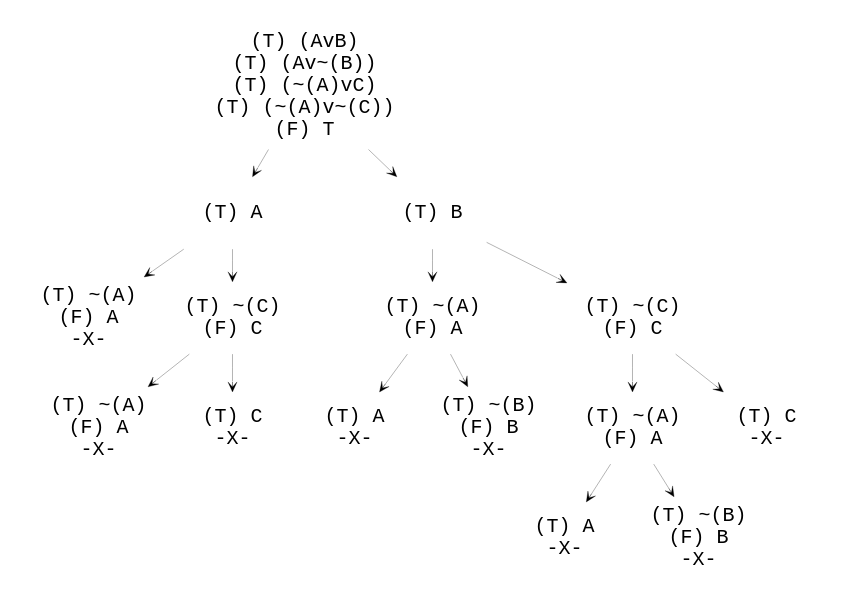
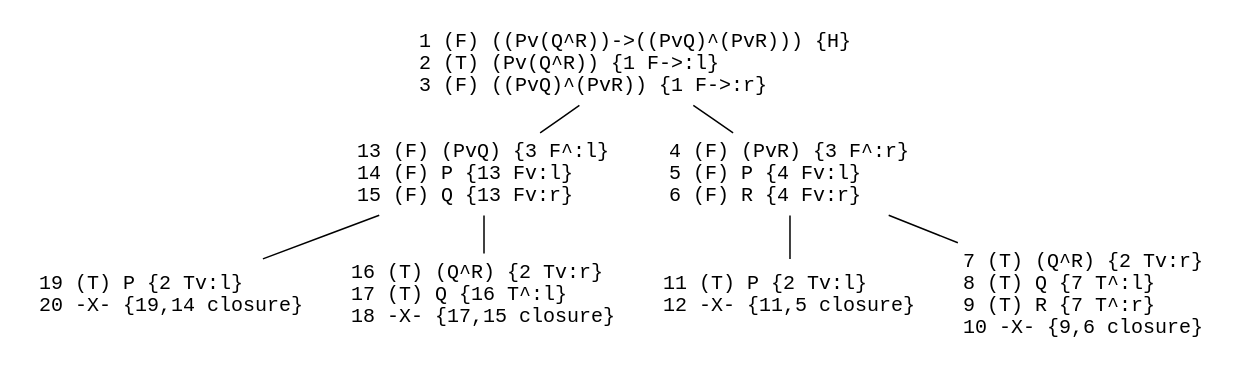
Before and after one commit to fredmbs/logic: the diagram in logic/simple_teste.gv, drawn with Graphviz. The commit also changed 84 other files, not shown here.

```diff
--- a/logic/simple_teste.gv
+++ b/logic/simple_teste.gv
@@ -1,34 +1,18 @@
 digraph g {
 graph[nodesep=0.1, ranksep=0.2];
 node[shape=plaintext, fontname="Courier", fontsize=10];
-edge[arrowsize=0.5, arrowhead=vee,  penwidth=0.15];
-node1[label="(T) (AvB)\n(T) (Av~(B))\n(T) (~(A)vC)\n(T) (~(A)v~(C))\n(F) T"];
-node2[label="(T) A"];
-node3[label="(T) ~(A)\n(F) A\n-X-"];
+edge[arrowsize=0.0, arrowhead=none,  penwidth=0.75];
+node1[label="1 (F) ((Pv(Q^R))->((PvQ)^(PvR))) {H}\l2 (T) (Pv(Q^R)) {1 F->:l}\l3 (F) ((PvQ)^(PvR)) {1 F->:r}\l"];
+node2[label="13 (F) (PvQ) {3 F^:l}\l14 (F) P {13 Fv:l}\l15 (F) Q {13 Fv:r}\l"];
+node3[label="19 (T) P {2 Tv:l}\l20 -X- {19,14 closure}\l"];
 node2 -> node3;
-node4[label="(T) ~(C)\n(F) C"];
-node5[label="(T) ~(A)\n(F) A\n-X-"];
-node4 -> node5;
-node6[label="(T) C\n-X-"];
-node4 -> node6;
+node4[label="16 (T) (Q^R) {2 Tv:r}\l17 (T) Q {16 T^:l}\l18 -X- {17,15 closure}\l"];
 node2 -> node4;
 node1 -> node2;
-node7[label="(T) B"];
-node8[label="(T) ~(A)\n(F) A"];
-node9[label="(T) A\n-X-"];
-node8 -> node9;
-node10[label="(T) ~(B)\n(F) B\n-X-"];
-node8 -> node10;
-node7 -> node8;
-node11[label="(T) ~(C)\n(F) C"];
-node12[label="(T) ~(A)\n(F) A"];
-node13[label="(T) A\n-X-"];
-node12 -> node13;
-node14[label="(T) ~(B)\n(F) B\n-X-"];
-node12 -> node14;
-node11 -> node12;
-node15[label="(T) C\n-X-"];
-node11 -> node15;
-node7 -> node11;
-node1 -> node7;
+node5[label="4 (F) (PvR) {3 F^:r}\l5 (F) P {4 Fv:l}\l6 (F) R {4 Fv:r}\l"];
+node6[label="11 (T) P {2 Tv:l}\l12 -X- {11,5 closure}\l"];
+node5 -> node6;
+node7[label="7 (T) (Q^R) {2 Tv:r}\l8 (T) Q {7 T^:l}\l9 (T) R {7 T^:r}\l10 -X- {9,6 closure}\l"];
+node5 -> node7;
+node1 -> node5;
 }
```
